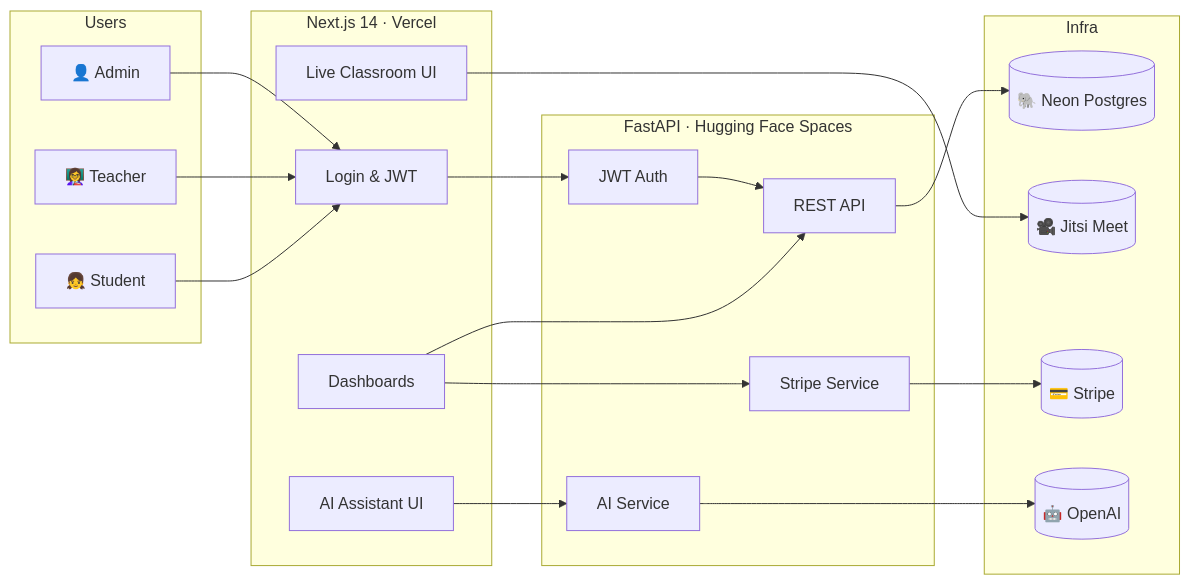
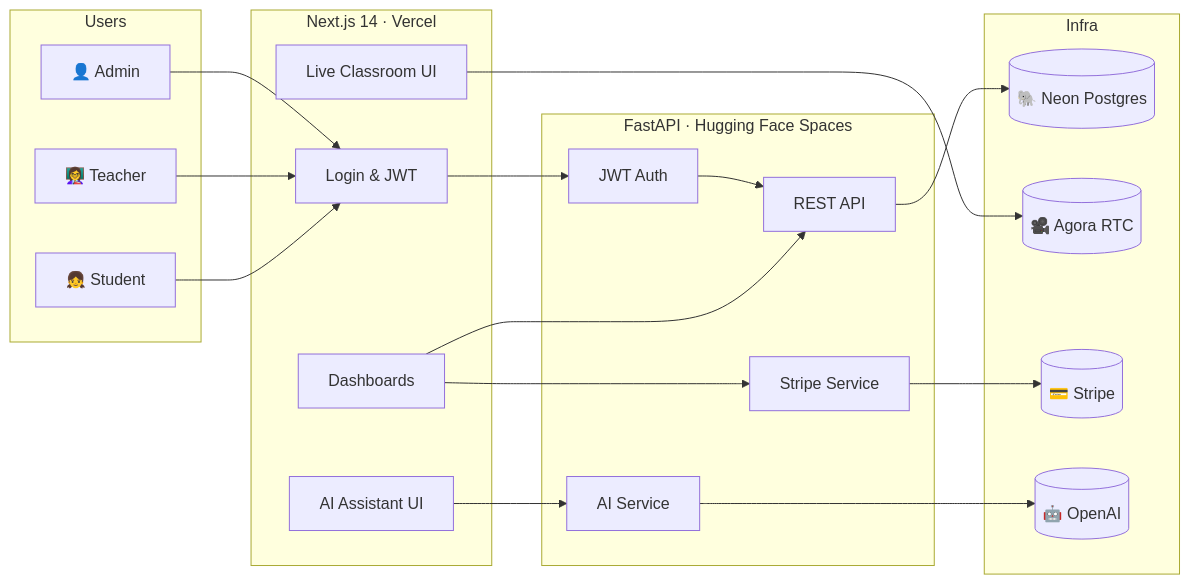
Before and after one commit to zohair-azmat-ai/we-are-kids-lms-live: the diagram in README.md, drawn with Mermaid. The commit also changed other lines of this file and 14 other files, not shown here.

First line of the commit message:
Replace Jitsi and Google Meet with Agora in-app classroom video

````diff
--- a/README.md
+++ b/README.md
@@ -159,36 +149,36 @@
 ```mermaid
 flowchart LR
     subgraph Users
         A["👤 Admin"]
         T["👩‍🏫 Teacher"]
         S["👧 Student"]
     end
 
     subgraph FE["Next.js 14 · Vercel"]
         LOGIN["Login & JWT"]
         DASH["Dashboards"]
         LIVE["Live Classroom UI"]
         AI_UI["AI Assistant UI"]
     end
 
     subgraph BE["FastAPI · Hugging Face Spaces"]
         JWT["JWT Auth"]
         API["REST API"]
         STR_SVC["Stripe Service"]
         AI_SVC["AI Service"]
     end
 
     subgraph Infra
         DB[("🐘 Neon Postgres")]
-        JITSI[("🎥 Jitsi Meet")]
+        AGORA[("🎥 Agora RTC")]
         STRIPE[("💳 Stripe")]
         OPENAI[("🤖 OpenAI")]
     end
 
     A & T & S --> LOGIN --> JWT --> API
     API --> DB
     DASH --> API
-    LIVE --> JITSI
+    LIVE --> AGORA
     AI_UI --> AI_SVC --> OPENAI
     DASH --> STR_SVC --> STRIPE
 ```
````
